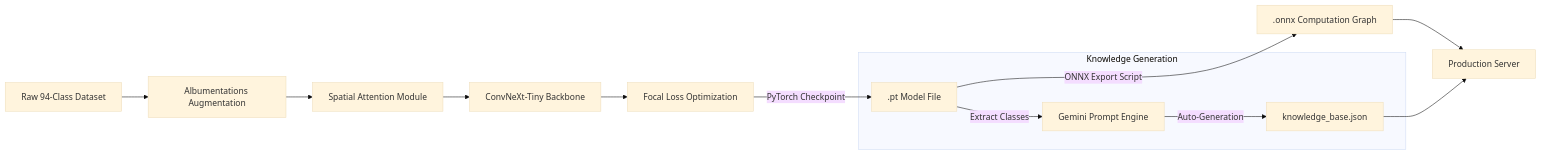
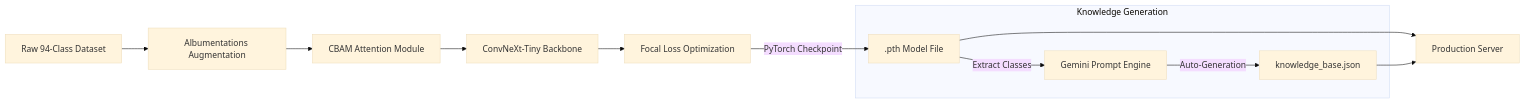
One commit to vansh2966/Plantpulse changed the second of 2 diagrams in README.md. Above: the diagram before and after it, drawn with Mermaid (base theme). The commit also changed other lines of this file and 24 other files, not shown here.

Commit message:
refactor: upgrade AI architecture, fix bugs, and UI polish

````diff
--- a/README.md
+++ b/README.md
@@ -104,17 +104,16 @@
 ```mermaid
 flowchart LR
     A[Raw 94-Class Dataset] --> B[Albumentations Augmentation]
-    B --> C[Spatial Attention Module]
+    B --> C[CBAM Attention Module]
     C --> D[ConvNeXt-Tiny Backbone]
     D --> E[Focal Loss Optimization]
-    E -- PyTorch Checkpoint --> F[.pt Model File]
-    F -- ONNX Export Script --> G[.onnx Computation Graph]
+    E -- PyTorch Checkpoint --> F[.pth Model File]
     
     subgraph Knowledge Generation
         F -- Extract Classes --> H[Gemini Prompt Engine]
         H -- Auto-Generation --> I[knowledge_base.json]
     end
     
-    G --> J[Production Server]
+    F --> J[Production Server]
     I --> J
 ```
````
